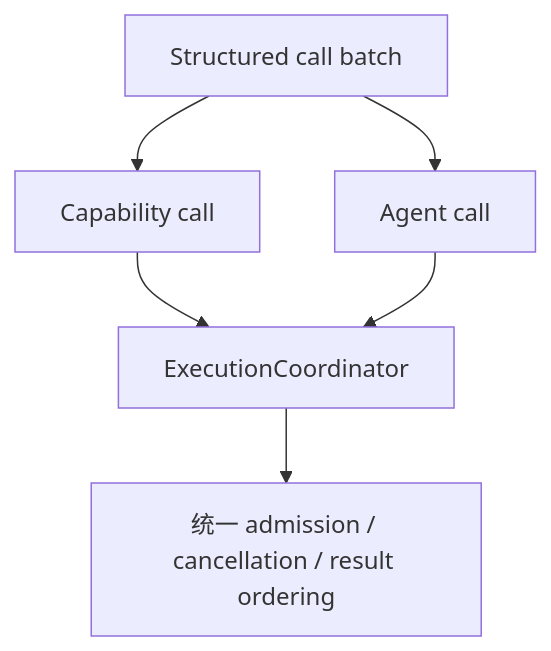
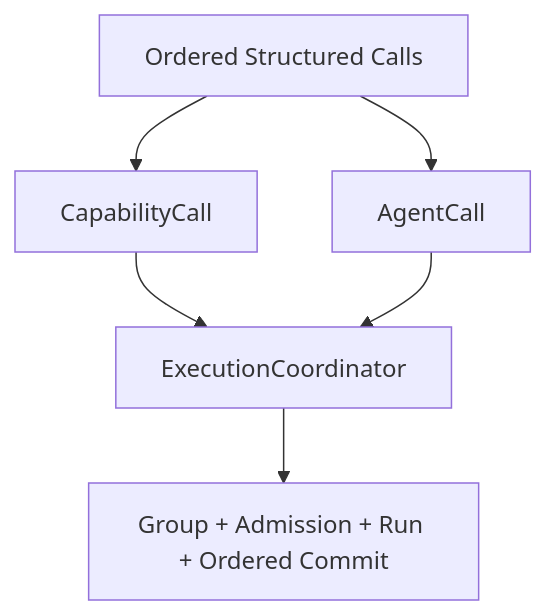
The tenth of 13 diagrams in docs/06-execution-and-concurrency.md (Arthur999459up/GitAgent), drawn with Mermaid before and after one commit. The commit also changed other lines of this file and 3 other files, not shown here.

````diff
--- a/docs/06-execution-and-concurrency.md
+++ b/docs/06-execution-and-concurrency.md
@@ -267,8 +537,8 @@
 ```mermaid
 flowchart TD
-    B[Structured call batch] --> C1[Capability call]
-    B --> C2[Agent call]
-    C1 --> E[ExecutionCoordinator]
-    C2 --> E
-    E --> P[统一 admission / cancellation / result ordering]
+    B[Ordered Structured Calls] --> C[CapabilityCall]
+    B --> A[AgentCall]
+    C --> E[ExecutionCoordinator]
+    A --> E
+    E --> G[Group + Admission + Run + Ordered Commit]
 ```
````
